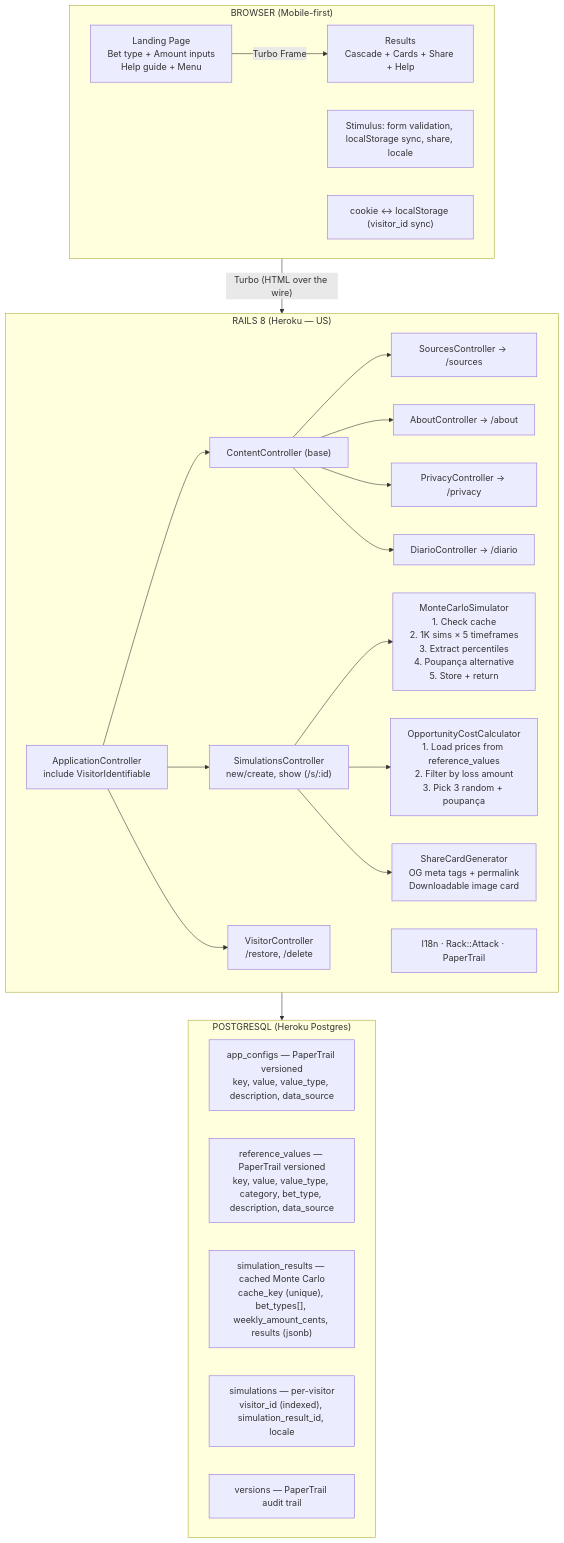
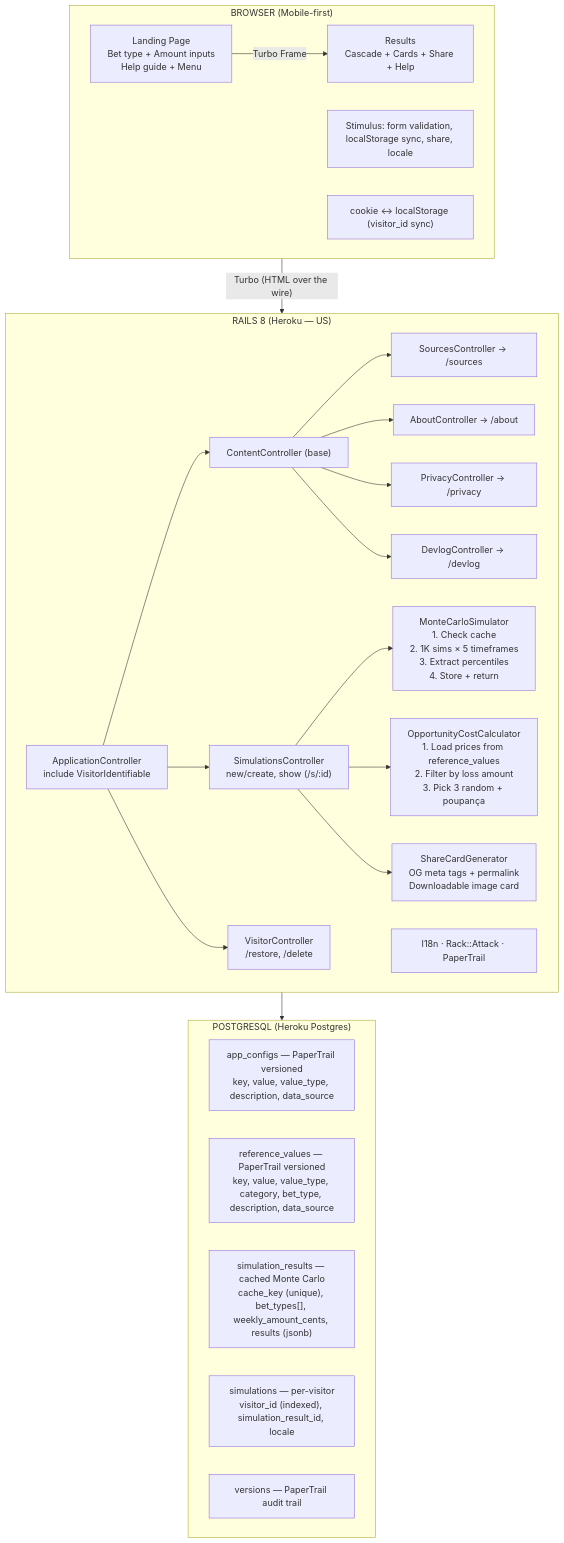
The diagram in docs/ARCHITECTURE.md (giobottesi/you-bet), drawn with Mermaid before and after one commit. The commit also changed other lines of this file and 6 other files, not shown here.

````diff
--- a/docs/ARCHITECTURE.md
+++ b/docs/ARCHITECTURE.md
@@ -24,39 +24,39 @@
 ```mermaid
 graph TD
     subgraph BROWSER ["BROWSER (Mobile-first)"]
         LP["Landing Page\nBet type + Amount inputs\nHelp guide + Menu"]
         LP -->|Turbo Frame| RES["Results\nCascade + Cards + Share + Help"]
         STIM["Stimulus: form validation, localStorage sync, share, locale"]
         COOKIE["cookie ↔ localStorage (visitor_id sync)"]
     end
 
     BROWSER -->|"Turbo (HTML over the wire)"| RAILS
 
     subgraph RAILS ["RAILS 8 (Heroku — US)"]
         AC["ApplicationController\ninclude VisitorIdentifiable"]
         AC --> SC["SimulationsController\nnew/create, show (/s/:id)"]
         AC --> CC["ContentController (base)"]
         AC --> VC["VisitorController\n/restore, /delete"]
 
         CC --> SRC["SourcesController → /sources"]
         CC --> ABT["AboutController → /about"]
         CC --> PRV["PrivacyController → /privacy"]
-        CC --> DIA["DiarioController → /diario"]
+        CC --> DIA["DevlogController → /devlog"]
 
-        SC --> MCS["MonteCarloSimulator\n1. Check cache\n2. 1K sims × 5 timeframes\n3. Extract percentiles\n4. Poupança alternative\n5. Store + return"]
+        SC --> MCS["MonteCarloSimulator\n1. Check cache\n2. 1K sims × 5 timeframes\n3. Extract percentiles\n4. Store + return"]
         SC --> OCC["OpportunityCostCalculator\n1. Load prices from reference_values\n2. Filter by loss amount\n3. Pick 3 random + poupança"]
         SC --> SCG["ShareCardGenerator\nOG meta tags + permalink\nDownloadable image card"]
 
         INFRA["I18n · Rack::Attack · PaperTrail"]
     end
 
     RAILS --> DB
 
     subgraph DB ["POSTGRESQL (Heroku Postgres)"]
         T1["app_configs — PaperTrail versioned\nkey, value, value_type, description, data_source"]
         T2["reference_values — PaperTrail versioned\nkey, value, value_type, category, bet_type, description, data_source"]
         T3["simulation_results — cached Monte Carlo\ncache_key (unique), bet_types[], weekly_amount_cents, results (jsonb)"]
         T4["simulations — per-visitor\nvisitor_id (indexed), simulation_result_id, locale"]
         T5["versions — PaperTrail audit trail"]
     end
 ```
````
